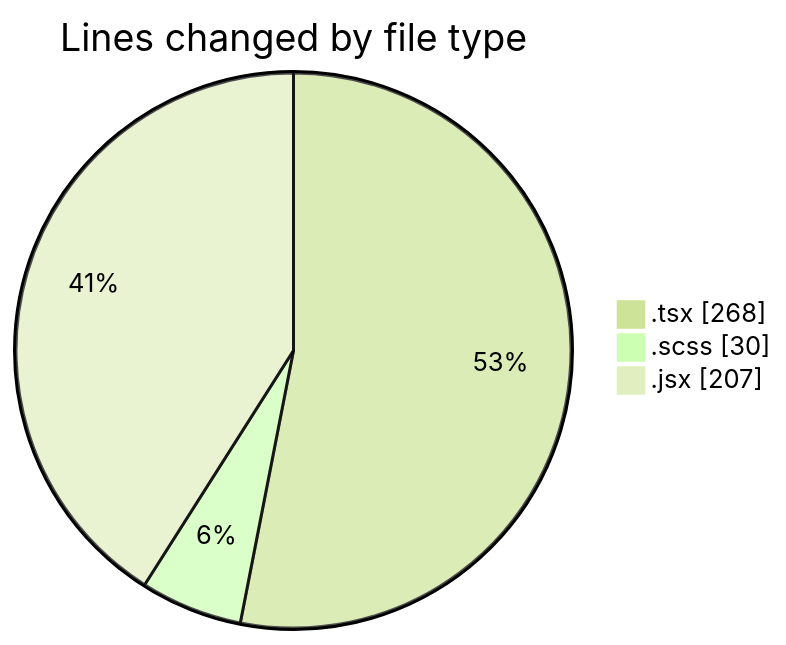
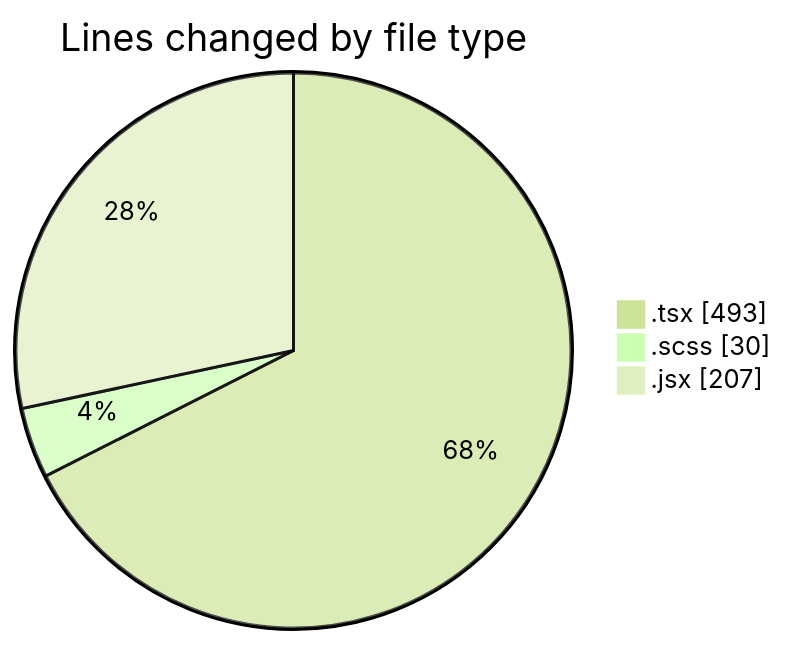
One commit to momahboobian/code-tracking changed the first of 2 diagrams in 2026-07-23/cda/README.md. Above: the diagram before and after it, drawn with Mermaid (forest theme). The commit also changed other lines of this file and 1 other file, not shown here.

````diff
--- a/2026-07-23/cda/README.md
+++ b/2026-07-23/cda/README.md
@@ -22,7 +25,7 @@
 ```mermaid
 pie showData
 title Lines changed by file type
-".tsx" : 268
+".tsx" : 493
 ".scss" : 30
 ".jsx" : 207
 ```
````
